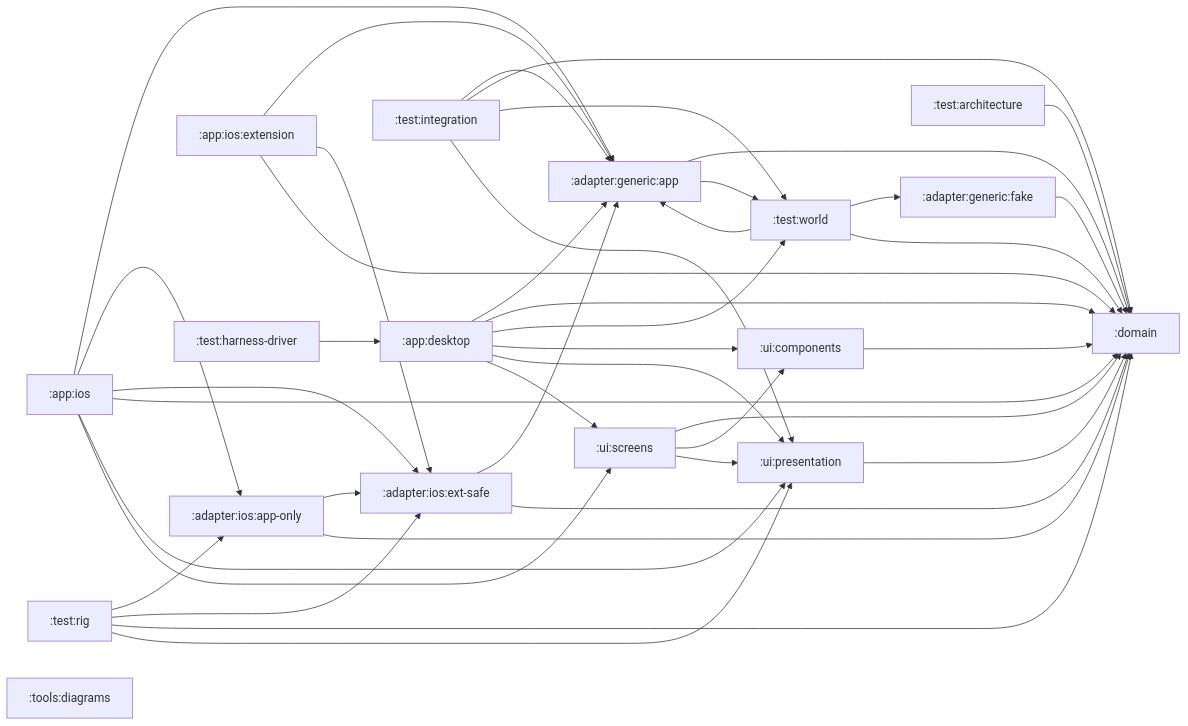
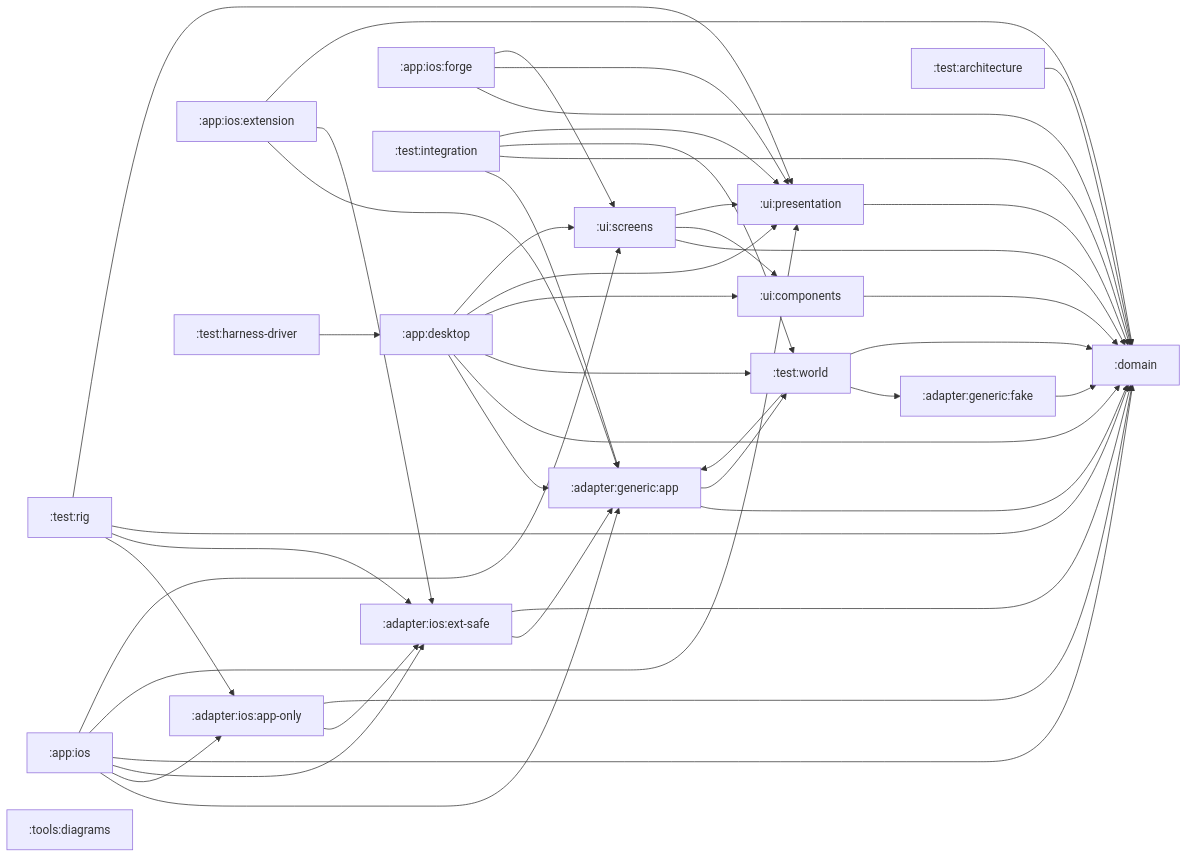
The diagram in architecture/modules.md (stefanhoelzl/SnapSync), drawn with Mermaid before and after one commit. The commit also changed 14 other files, not shown here.

````diff
--- a/architecture/modules.md
+++ b/architecture/modules.md
@@ -7,60 +7,64 @@
 ```mermaid
 flowchart LR
   adapter_generic_app[":adapter:generic:app"]
   adapter_generic_fake[":adapter:generic:fake"]
   adapter_ios_app_only[":adapter:ios:app-only"]
   adapter_ios_ext_safe[":adapter:ios:ext-safe"]
   app_desktop[":app:desktop"]
   app_ios[":app:ios"]
   app_ios_extension[":app:ios:extension"]
+  app_ios_forge[":app:ios:forge"]
   domain[":domain"]
   test_architecture[":test:architecture"]
   test_harness_driver[":test:harness-driver"]
   test_integration[":test:integration"]
   test_rig[":test:rig"]
   test_world[":test:world"]
   tools_diagrams[":tools:diagrams"]
   ui_components[":ui:components"]
   ui_presentation[":ui:presentation"]
   ui_screens[":ui:screens"]
   adapter_generic_app --> domain
   adapter_generic_app --> test_world
   adapter_generic_fake --> domain
   adapter_ios_app_only --> adapter_ios_ext_safe
   adapter_ios_app_only --> domain
   adapter_ios_ext_safe --> adapter_generic_app
   adapter_ios_ext_safe --> domain
   app_desktop --> adapter_generic_app
   app_desktop --> domain
   app_desktop --> test_world
   app_desktop --> ui_components
   app_desktop --> ui_presentation
   app_desktop --> ui_screens
   app_ios --> adapter_generic_app
   app_ios --> adapter_ios_app_only
   app_ios --> adapter_ios_ext_safe
   app_ios --> domain
   app_ios --> ui_presentation
   app_ios --> ui_screens
   app_ios_extension --> adapter_generic_app
   app_ios_extension --> adapter_ios_ext_safe
   app_ios_extension --> domain
+  app_ios_forge --> domain
+  app_ios_forge --> ui_presentation
+  app_ios_forge --> ui_screens
   test_architecture --> domain
   test_harness_driver --> app_desktop
   test_integration --> adapter_generic_app
   test_integration --> domain
   test_integration --> test_world
   test_integration --> ui_presentation
   test_rig --> adapter_ios_app_only
   test_rig --> adapter_ios_ext_safe
   test_rig --> domain
   test_rig --> ui_presentation
   test_world --> adapter_generic_app
   test_world --> adapter_generic_fake
   test_world --> domain
   ui_components --> domain
   ui_presentation --> domain
   ui_screens --> domain
   ui_screens --> ui_components
   ui_screens --> ui_presentation
 ```
````
